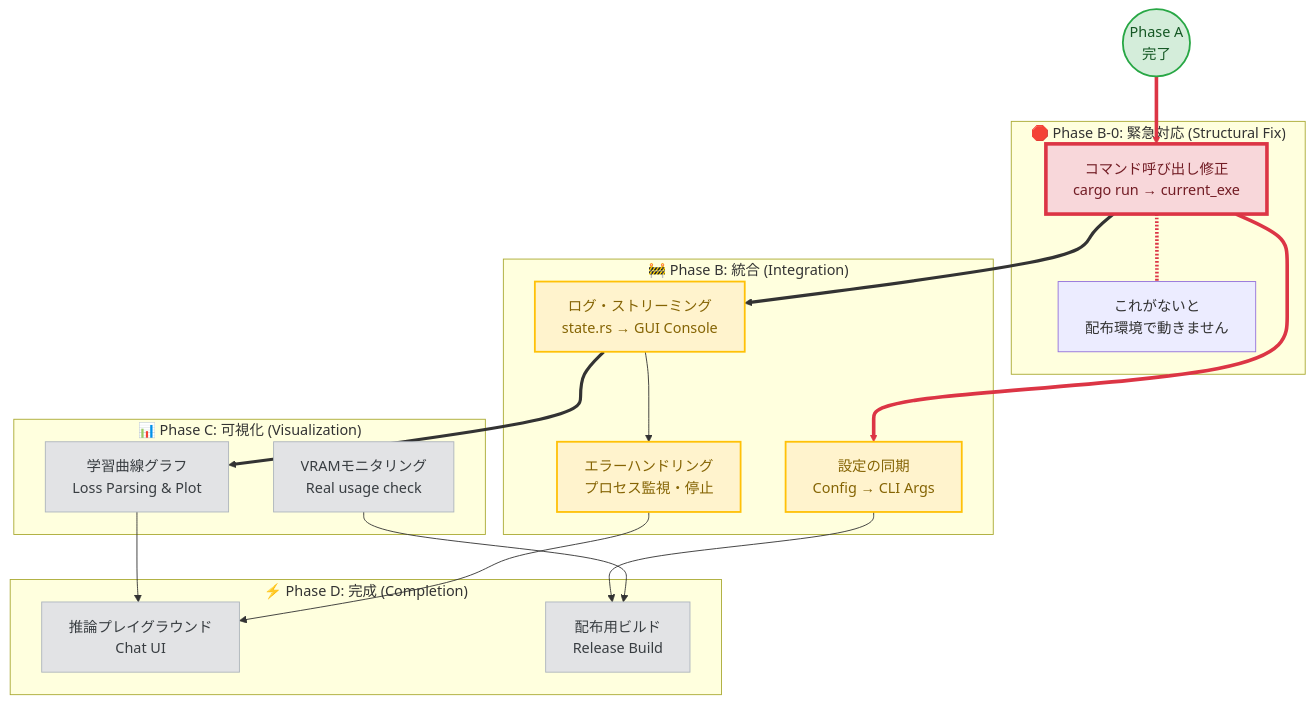
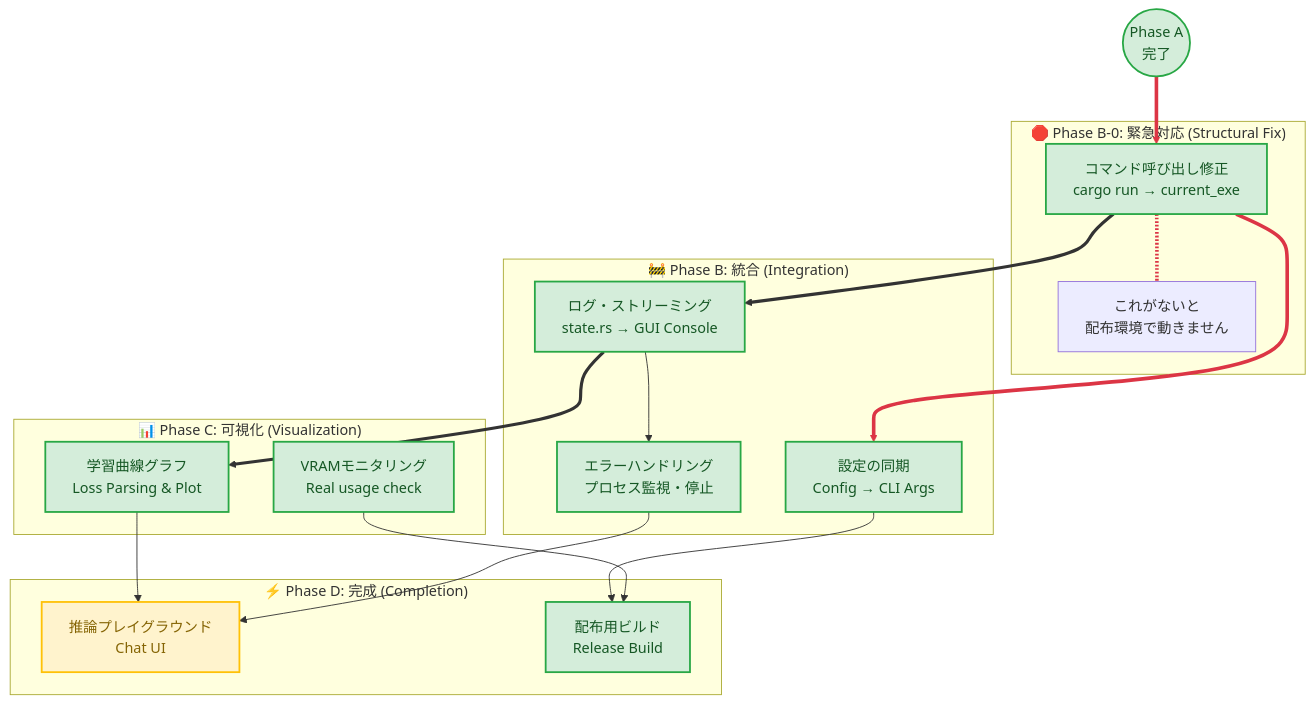
One commit to imonoonoko/Bit-TTT-Engine changed the diagram in Bit-TTT_Roadmap.md. Above: the diagram before and after it, drawn with Mermaid. The commit also changed 32 other files, not shown here.

````diff
--- a/Bit-TTT_Roadmap.md
+++ b/Bit-TTT_Roadmap.md
@@ -7,50 +7,50 @@
 ```mermaid
 graph TD
     %% クラス定義
     classDef done fill:#d4edda,stroke:#28a745,stroke-width:2px,color:#155724;
     classDef urgent fill:#f8d7da,stroke:#dc3545,stroke-width:4px,color:#721c24;
     classDef next fill:#fff3cd,stroke:#ffc107,stroke-width:2px,color:#856404;
     classDef future fill:#e2e3e5,stroke:#adb5bd,stroke-width:1px,color:#383d41;
 
     %% ノード定義
     Start(("Phase A<br/>完了")):::done
 
     subgraph Phase_B0 ["🛑 Phase B-0: 緊急対応 (Structural Fix)"]
-        B0["コマンド呼び出し修正<br/>cargo run → current_exe"]:::urgent
+        B0["コマンド呼び出し修正<br/>cargo run → current_exe"]:::done
         noteB0["これがないと<br/>配布環境で動きません"]
         B0 -.- noteB0
     end
 
     subgraph Phase_B ["🚧 Phase B: 統合 (Integration)"]
-        B1["ログ・ストリーミング<br/>state.rs → GUI Console"]:::next
-        B2["設定の同期<br/>Config → CLI Args"]:::next
-        B3["エラーハンドリング<br/>プロセス監視・停止"]:::next
+        B1["ログ・ストリーミング<br/>state.rs → GUI Console"]:::done
+        B2["設定の同期<br/>Config → CLI Args"]:::done
+        B3["エラーハンドリング<br/>プロセス監視・停止"]:::done
     end
 
     subgraph Phase_C ["📊 Phase C: 可視化 (Visualization)"]
-        C1["学習曲線グラフ<br/>Loss Parsing & Plot"]:::future
-        C2["VRAMモニタリング<br/>Real usage check"]:::future
+        C1["学習曲線グラフ<br/>Loss Parsing & Plot"]:::done
+        C2["VRAMモニタリング<br/>Real usage check"]:::done
     end
 
     subgraph Phase_D ["⚡ Phase D: 完成 (Completion)"]
-        D1["推論プレイグラウンド<br/>Chat UI"]:::future
-        D2["配布用ビルド<br/>Release Build"]:::future
+        D1["推論プレイグラウンド<br/>Chat UI"]:::next
+        D2["配布用ビルド<br/>Release Build"]:::done
     end
 
     %% 依存関係の接続
     Start ==> B0
     B0 ==> B1
     B0 --> B2
     
     B1 ==> C1
     B1 --> B3
     
     C1 --> D1
     B3 --> D1
     
     B2 --> D2
     C2 --> D2
 
     %% スタイルの適用
     linkStyle 0,1,3 stroke-width:4px,stroke:#dc3545,fill:none;
 ```
````
